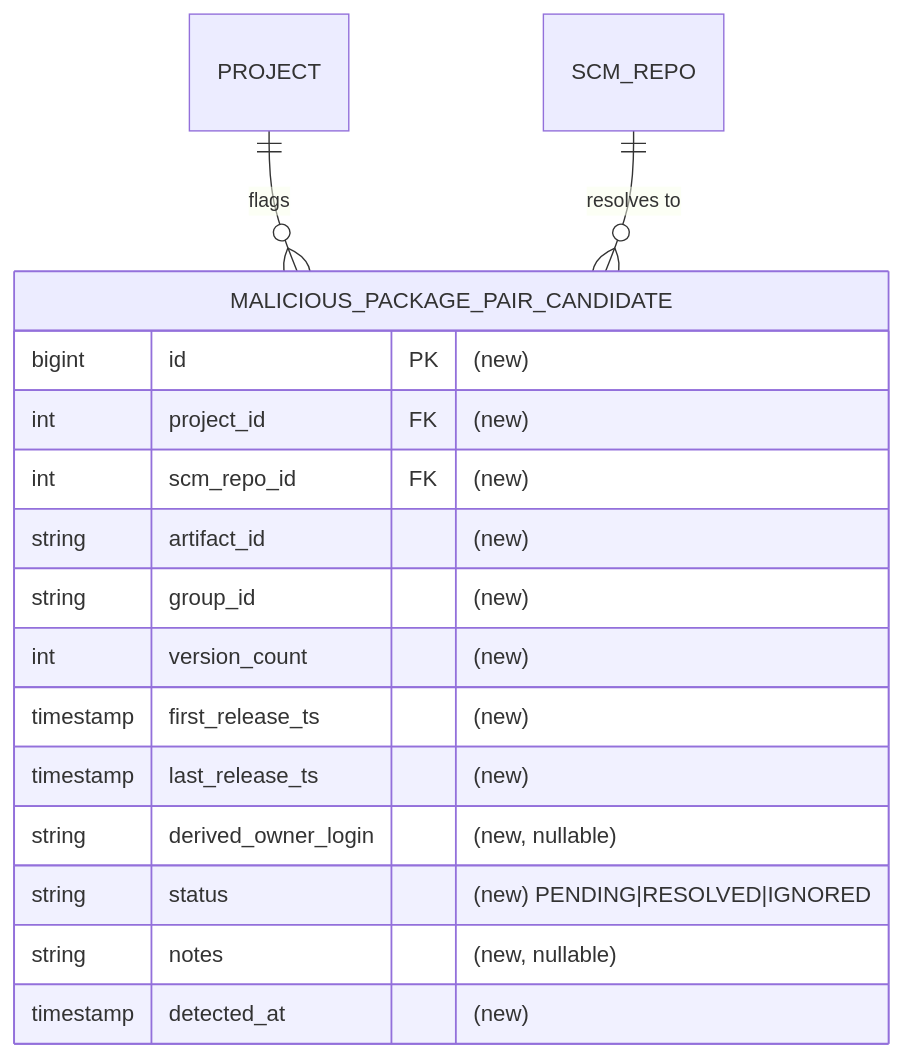
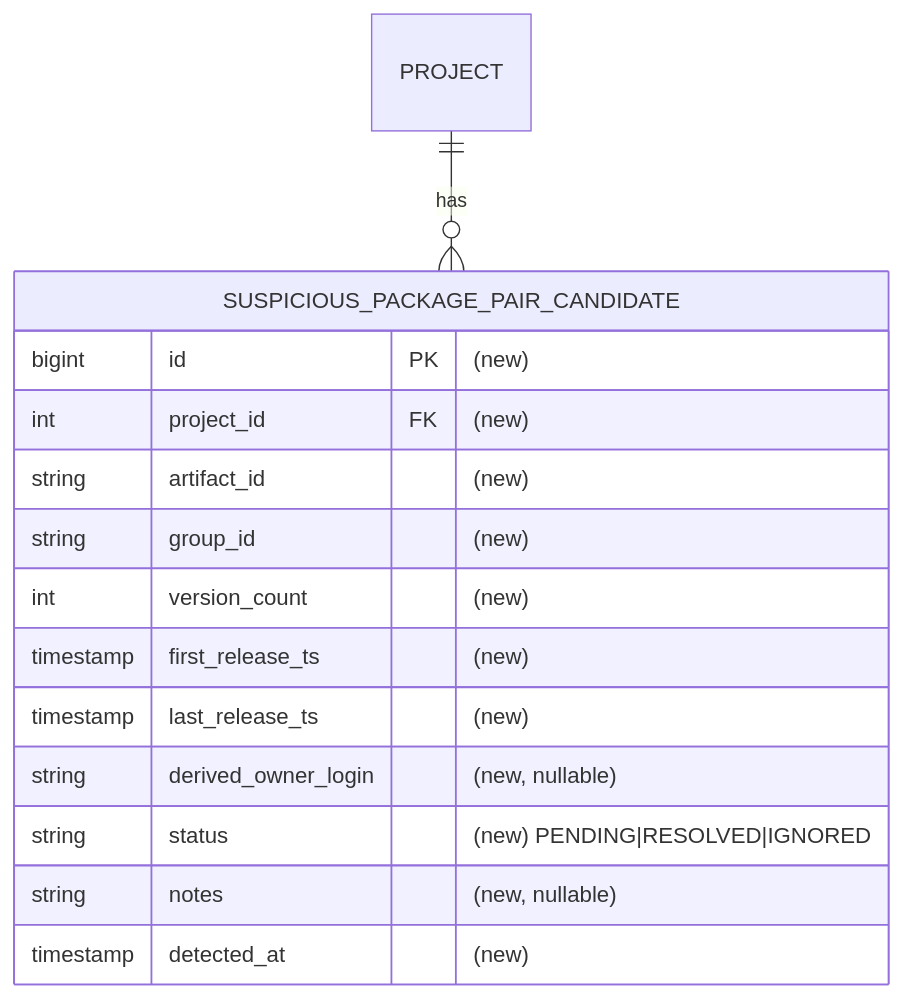
The diagram in docs/specs/malicious-package-pair-candidate-collection/spec.md (JetBrains/klibs-io), drawn with Mermaid before and after one commit. The commit also changed other lines of this file and 1 other file, not shown here.

````diff
--- a/docs/specs/malicious-package-pair-candidate-collection/spec.md
+++ b/docs/specs/malicious-package-pair-candidate-collection/spec.md
@@ -139,19 +116,17 @@
 ```mermaid
 erDiagram
-    PROJECT ||--o{ MALICIOUS_PACKAGE_PAIR_CANDIDATE : flags
-    SCM_REPO ||--o{ MALICIOUS_PACKAGE_PAIR_CANDIDATE : "resolves to"
-    MALICIOUS_PACKAGE_PAIR_CANDIDATE {
+    PROJECT ||--o{ SUSPICIOUS_PACKAGE_PAIR_CANDIDATE : has
+    SUSPICIOUS_PACKAGE_PAIR_CANDIDATE {
         bigint id PK "(new)"
         int project_id FK "(new)"
-        int scm_repo_id FK "(new)"
         string artifact_id "(new)"
         string group_id "(new)"
         int version_count "(new)"
         timestamp first_release_ts "(new)"
         timestamp last_release_ts "(new)"
         string derived_owner_login "(new, nullable)"
         string status "(new) PENDING|RESOLVED|IGNORED"
         string notes "(new, nullable)"
         timestamp detected_at "(new)"
     }
 ```
````
